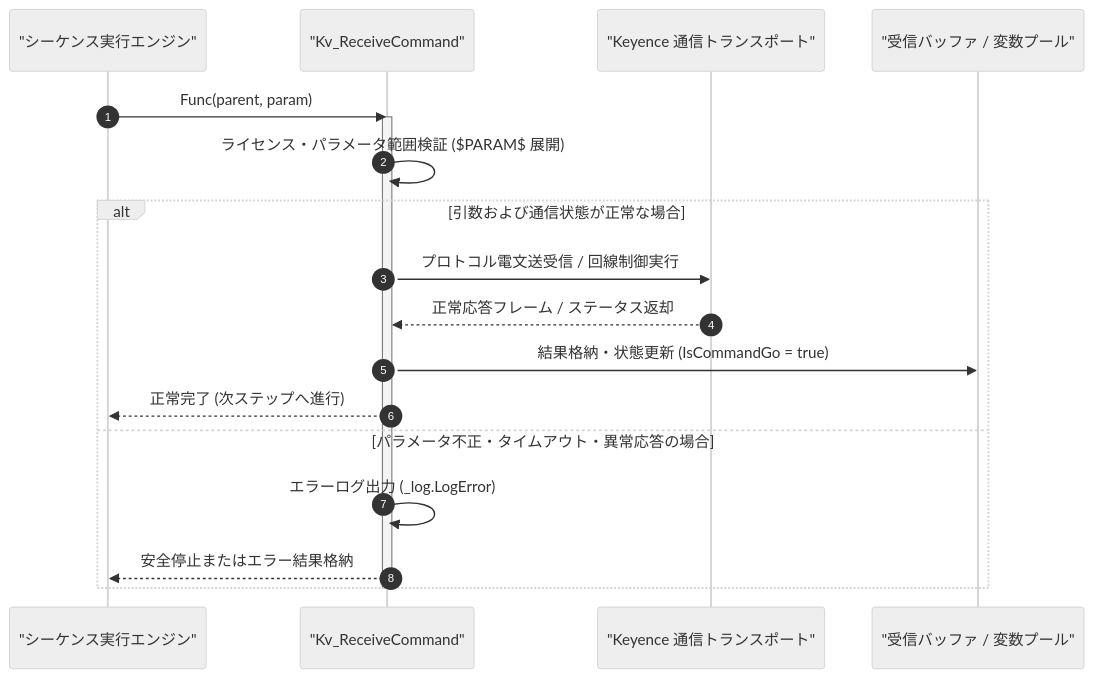
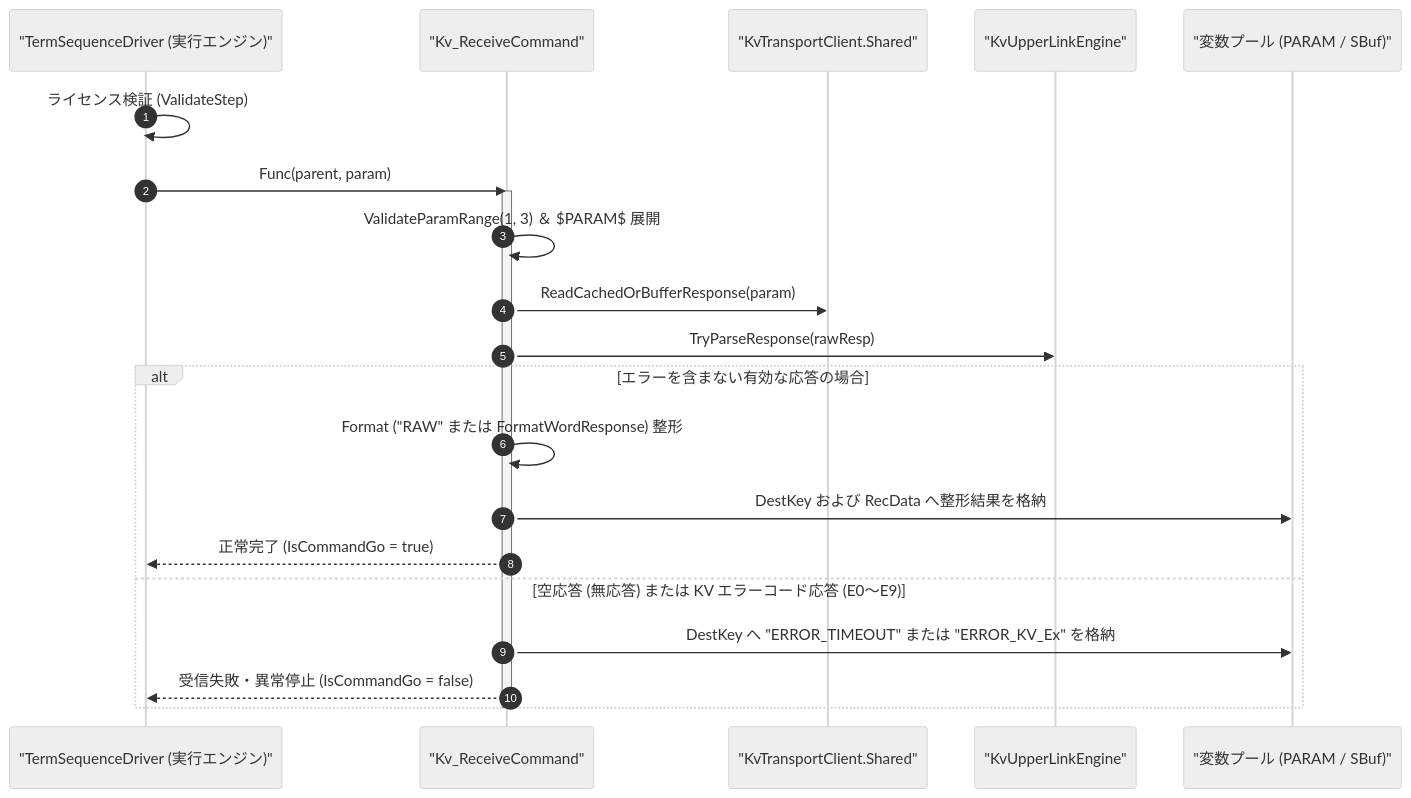
Before and after one commit to Monaca-App/TermAddIn: the diagram in Manual/Keyence/Kv_Receive.Md, drawn with Mermaid (neutral theme). The commit also changed other lines of this file and 157 other files, not shown here.

````diff
--- a/Manual/Keyence/Kv_Receive.Md
+++ b/Manual/Keyence/Kv_Receive.Md
@@ -64,22 +71,25 @@
 ```mermaid
 sequenceDiagram
     autonumber
-    participant Script as "シーケンス実行エンジン"
+    participant Driver as "TermSequenceDriver (実行エンジン)"
     participant Cmd as "Kv_ReceiveCommand"
-    participant Trans as "Keyence 通信トランスポート"
-    participant Buf as "受信バッファ / 変数プール"
+    participant Trans as "KvTransportClient.Shared"
+    participant Engine as "KvUpperLinkEngine"
+    participant Buf as "変数プール (PARAM / SBuf)"
 
-    Script->>Cmd: Func(parent, param)
+    Driver->>Driver: ライセンス検証 (ValidateStep)
+    Driver->>Cmd: Func(parent, param)
     activate Cmd
-    Cmd->>Cmd: ライセンス・パラメータ範囲検証 ($PARAM$ 展開)
-    alt 引数および通信状態が正常な場合
-        Cmd->>Trans: プロトコル電文送受信 / 回線制御実行
-        Trans-->>Cmd: 正常応答フレーム / ステータス返却
-        Cmd->>Buf: 結果格納・状態更新 (IsCommandGo = true)
-        Cmd-->>Script: 正常完了 (次ステップへ進行)
-    else パラメータ不正・タイムアウト・異常応答の場合
-        Cmd->>Cmd: エラーログ出力 (_log.LogError)
-        Cmd-->>Script: 安全停止またはエラー結果格納
+    Cmd->>Cmd: ValidateParamRange(1, 3) ＆ $PARAM$ 展開
+    Cmd->>Trans: ReadCachedOrBufferResponse(param)
+    Cmd->>Engine: TryParseResponse(rawResp)
+    alt エラーを含まない有効な応答の場合
+        Cmd->>Cmd: Format ("RAW" または FormatWordResponse) 整形
+        Cmd->>Buf: DestKey および RecData へ整形結果を格納
+        Cmd-->>Driver: 正常完了 (IsCommandGo = true)
+    else 空応答 (無応答) または KV エラーコード応答 (E0〜E9)
+        Cmd->>Buf: DestKey へ "ERROR_TIMEOUT" または "ERROR_KV_Ex" を格納
+        Cmd-->>Driver: 受信失敗・異常停止 (IsCommandGo = false)
     end
     deactivate Cmd
 ```
````
